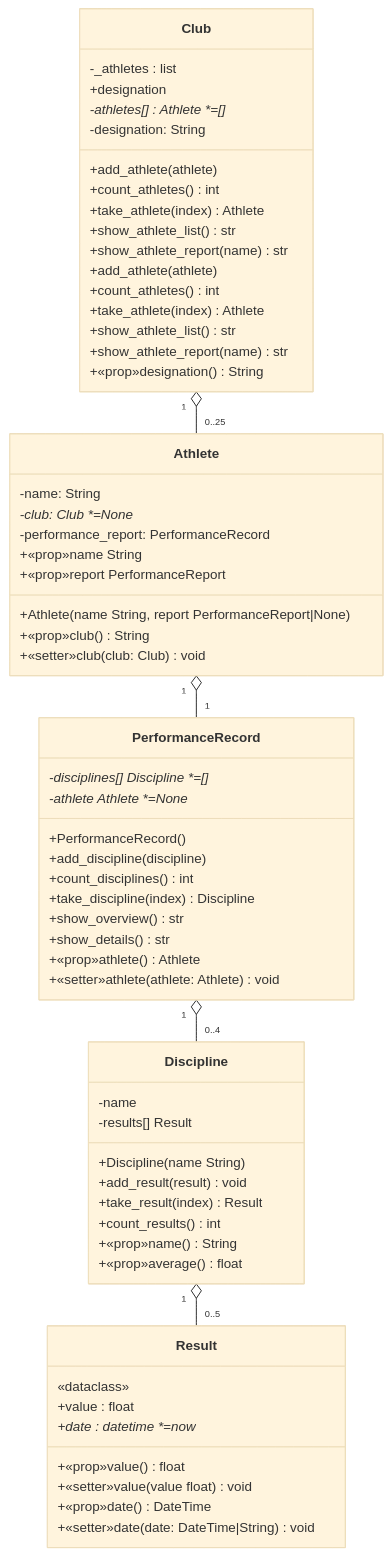
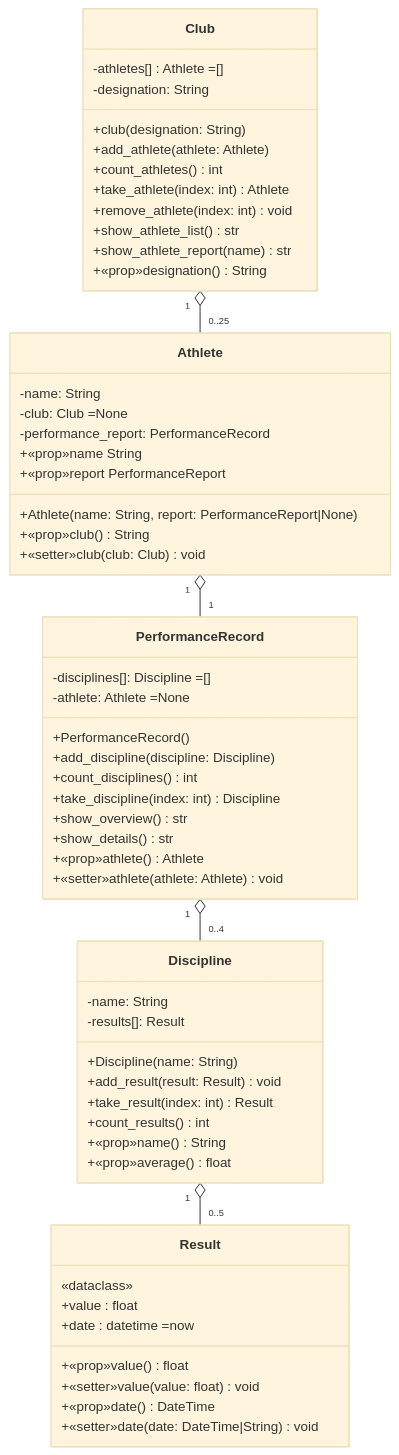
One commit to templates-python/m320-lu09-a02-sports changed the diagram in Aufgabenstellung.md. Above: the diagram before and after it, drawn with Mermaid (base theme). The commit also changed other lines of this file and 5 other files, not shown here.

````diff
--- a/Aufgabenstellung.md
+++ b/Aufgabenstellung.md
@@ -22,68 +22,62 @@
 ```mermaid
 classDiagram
     class Club {
-        -_athletes : list
-        +designation
-        +add_athlete(athlete)
+        -athletes[] : Athlete =[]
+        -designation: String
+        +club(designation: String)
+        +add_athlete(athlete: Athlete)
         +count_athletes() int
-        +take_athlete(index) Athlete
+        +take_athlete(index: int) Athlete
+        +remove_athlete(index: int) void
         +show_athlete_list() str
         +show_athlete_report(name) str
+        +«prop»designation() String
     }
     class Athlete {
         -name: String
-        -club: Club *=None*
+        -club: Club =None
         -performance_report: PerformanceRecord
-        +Athlete(name String, report PerformanceReport|None)
+        +Athlete(name: String, report: PerformanceReport|None)
         +«prop»name String
         +«prop»club() String
         +«setter»club (club: Club) void
         +«prop»report PerformanceReport
     }
     class PerformanceRecord {
-        -disciplines[] Discipline *=[]*
-        -athlete Athlete *=None*
+        -disciplines[]: Discipline =[]
+        -athlete: Athlete =None
         +PerformanceRecord()
-        +add_discipline(discipline)
+        +add_discipline(discipline: Discipline)
         +count_disciplines() int
-        +take_discipline(index) Discipline
+        +take_discipline(index: int) Discipline
         +show_overview() str
         +show_details() str
         +«prop»athlete() Athlete
         +«setter»athlete(athlete: Athlete) void
     }
-    class Club {
-        -athletes[] : Athlete *=[]*
-        -designation: String
-        +add_athlete(athlete)
-        +count_athletes() int
-        +take_athlete(index) Athlete
-        +show_athlete_list() str
-        +show_athlete_report(name) str
-        +«prop»designation() String
-    }
+    
     class Discipline {
-        -name
-        -results[] Result
-        +Discipline(name String)
-        +add_result(result) void
-        +take_result(index) Result
+        -name: String
+        -results[]: Result
+        +Discipline(name: String)
+        +add_result(result: Result) void
+        +take_result(index: int) Result
         +count_results() int
         +«prop»name() String
         +«prop»average() float
     }
     class Result {
         «dataclass»
         +value : float
-        +date : datetime *=now*
+        +date : datetime =now
         +«prop»value() float
-        +«setter»value(value float) void
+        +«setter»value(value: float) void
         +«prop»date() DateTime
         +«setter»date(date: DateTime|String) void
     }
 
     Club "1" o-- "0..25" Athlete
     Athlete "1" o-- "1" PerformanceRecord
     PerformanceRecord "1" o-- "0..4" Discipline
     Discipline "1" o-- "0..5" Result
 ```
````
